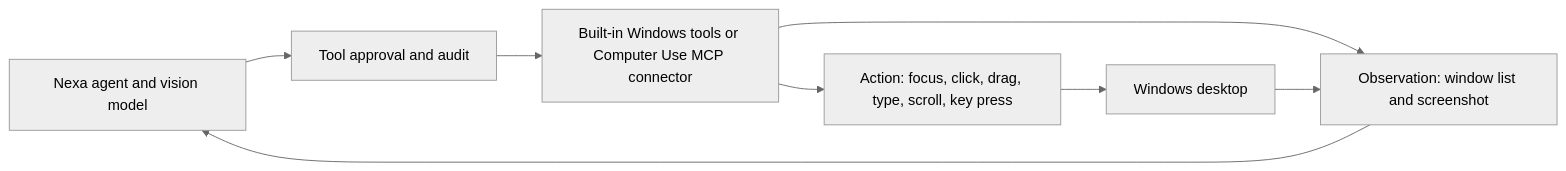
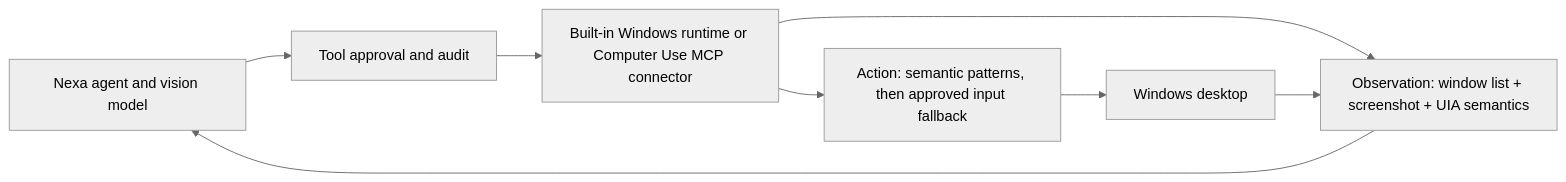
The diagram in docs/computer-use-integration.md (MLGBJDLW/Ask_Myself), drawn with Mermaid (neutral theme) before and after one commit. The commit also changed other lines of this file and 6 other files, not shown here.

````diff
--- a/docs/computer-use-integration.md
+++ b/docs/computer-use-integration.md
@@ -30,10 +35,10 @@
 ```mermaid
 flowchart LR
     A["Nexa agent and vision model"] --> B["Tool approval and audit"]
-    B --> C["Built-in Windows tools or Computer Use MCP connector"]
-    C --> D["Observation: window list and screenshot"]
-    C --> E["Action: focus, click, drag, type, scroll, key press"]
+    B --> C["Built-in Windows runtime or Computer Use MCP connector"]
+    C --> D["Observation: window list + screenshot + UIA semantics"]
+    C --> E["Action: semantic patterns, then approved input fallback"]
     D --> A
     E --> F["Windows desktop"]
     F --> D
 ```
````
